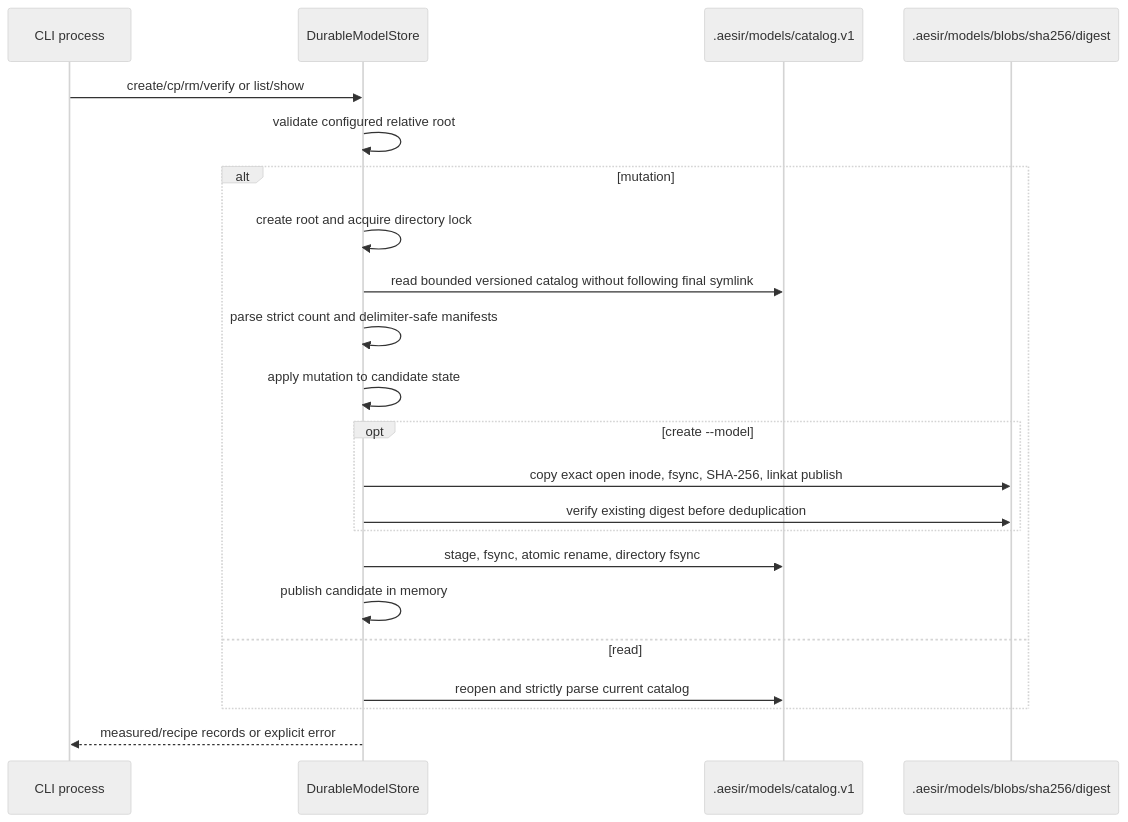
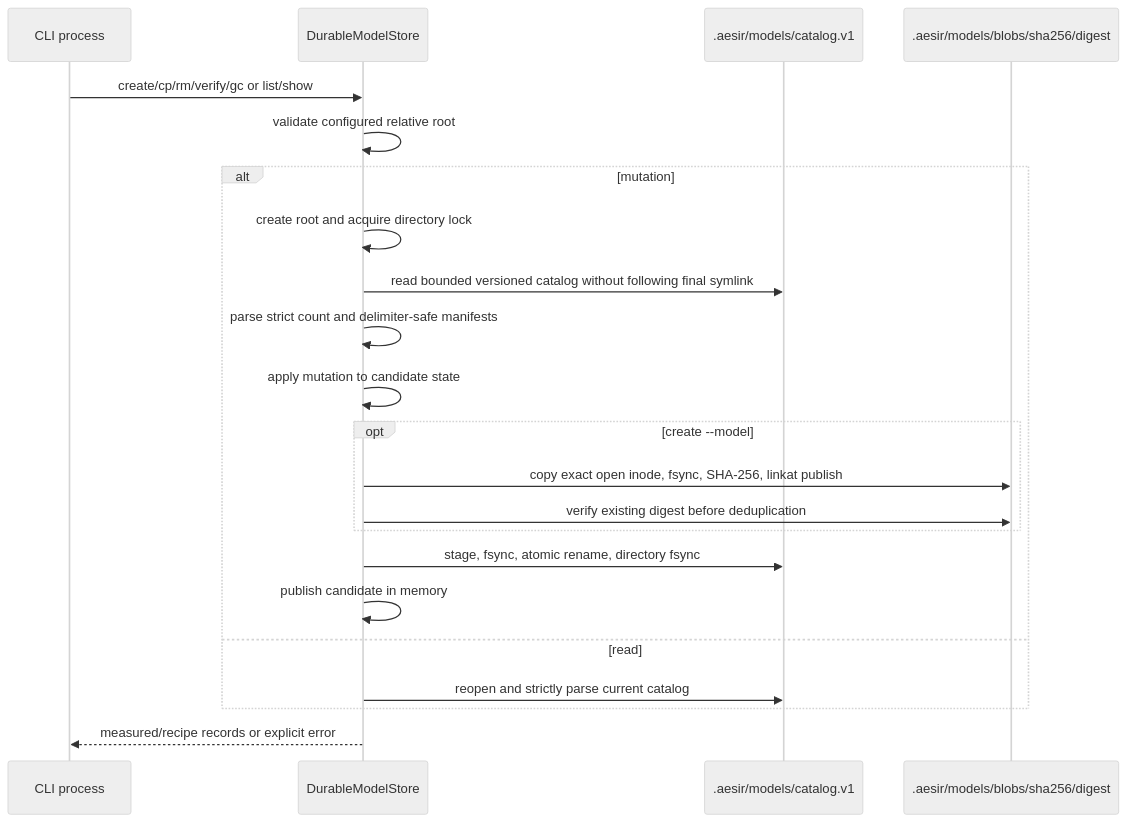
Before and after one commit to hrabanazviking/RuneForgeAI-Project-Aesir: the sixth of 7 diagrams in docs/DATA_FLOW.md, drawn with Mermaid (neutral theme). The commit also changed other lines of this file and 20 other files, not shown here.

````diff
--- a/docs/DATA_FLOW.md
+++ b/docs/DATA_FLOW.md
@@ -164,25 +164,25 @@
 ```mermaid
 sequenceDiagram
     participant C as CLI process
     participant D as DurableModelStore
     participant F as .aesir/models/catalog.v1
     participant B as .aesir/models/blobs/sha256/digest
 
-    C->>D: create/cp/rm/verify or list/show
+    C->>D: create/cp/rm/verify/gc or list/show
     D->>D: validate configured relative root
     alt mutation
         D->>D: create root and acquire directory lock
         D->>F: read bounded versioned catalog without following final symlink
         D->>D: parse strict count and delimiter-safe manifests
         D->>D: apply mutation to candidate state
         opt create --model
             D->>B: copy exact open inode, fsync, SHA-256, linkat publish
             D->>B: verify existing digest before deduplication
         end
         D->>F: stage, fsync, atomic rename, directory fsync
         D->>D: publish candidate in memory
     else read
         D->>F: reopen and strictly parse current catalog
     end
     D-->>C: measured/recipe records or explicit error
 ```
````
